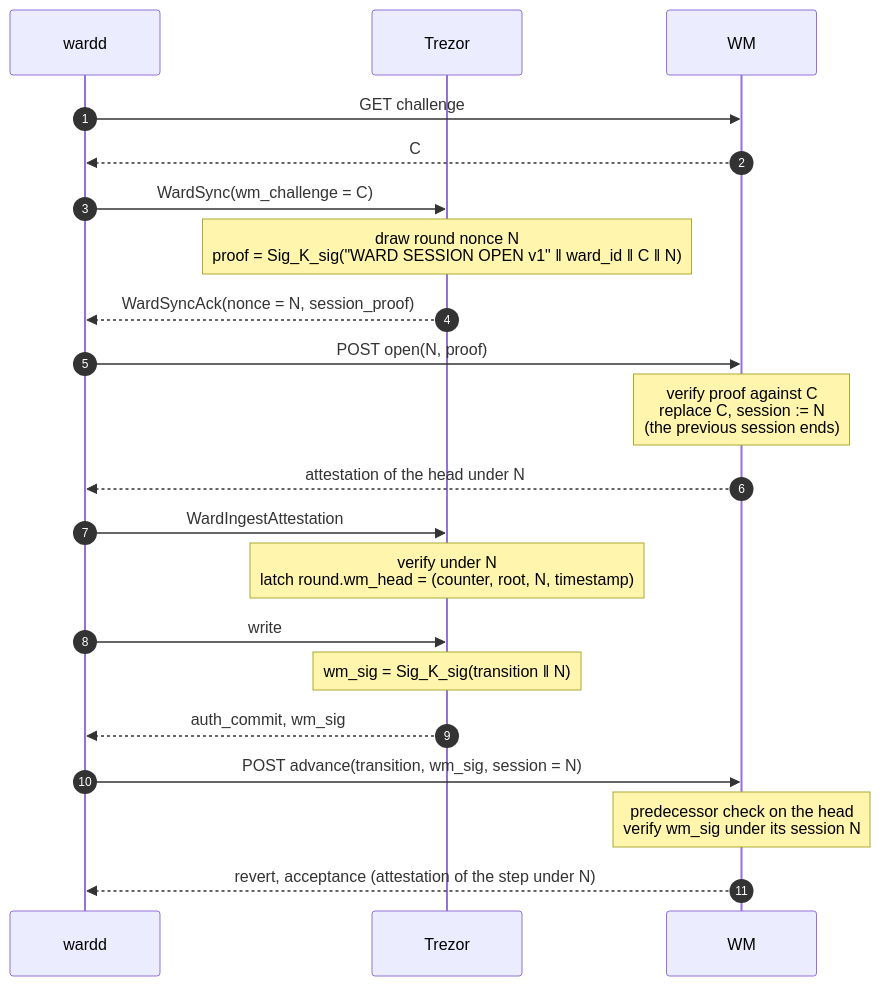
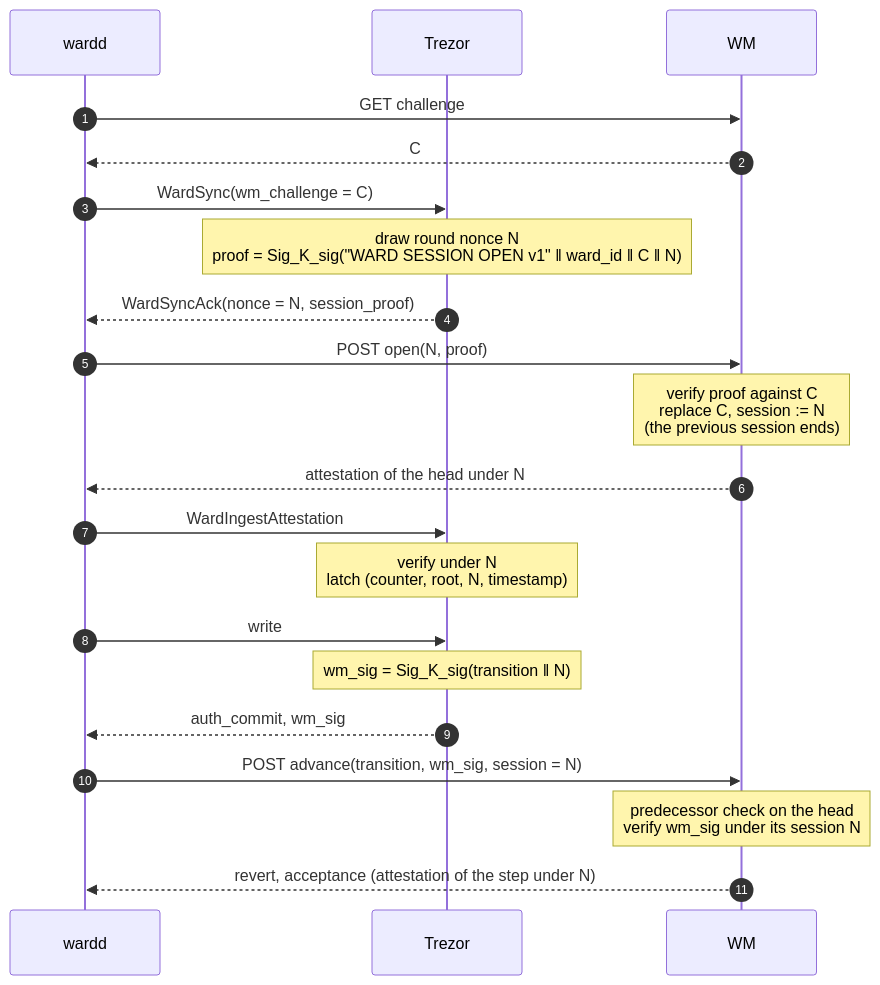
The second of 4 diagrams in docs/ward/ward_transitions.md (trezor/trezor-firmware), drawn with Mermaid before and after one commit. The commit also changed other lines of this file and 17 other files, not shown here.

````diff
--- a/docs/ward/ward_transitions.md
+++ b/docs/ward/ward_transitions.md
@@ -117,23 +110,23 @@
 ```mermaid
 sequenceDiagram
     autonumber
     participant W as wardd
     participant T as Trezor
     participant M as WM
     W->>M: GET challenge
     M-->>W: C
     W->>T: WardSync(wm_challenge = C)
     Note over T: draw round nonce N<br/>proof = Sig_K_sig("WARD SESSION OPEN v1" ‖ ward_id ‖ C ‖ N)
     T-->>W: WardSyncAck(nonce = N, session_proof)
     W->>M: POST open(N, proof)
     Note over M: verify proof against C<br/>replace C, session := N<br/>(the previous session ends)
     M-->>W: attestation of the head under N
     W->>T: WardIngestAttestation
-    Note over T: verify under N<br/>latch round.wm_head = (counter, root, N, timestamp)
+    Note over T: verify under N<br/>latch (counter, root, N, timestamp)
     W->>T: write
     Note over T: wm_sig = Sig_K_sig(transition ‖ N)
     T-->>W: auth_commit, wm_sig
     W->>M: POST advance(transition, wm_sig, session = N)
     Note over M: predecessor check on the head<br/>verify wm_sig under its session N
     M-->>W: revert, acceptance (attestation of the step under N)
 ```
````
